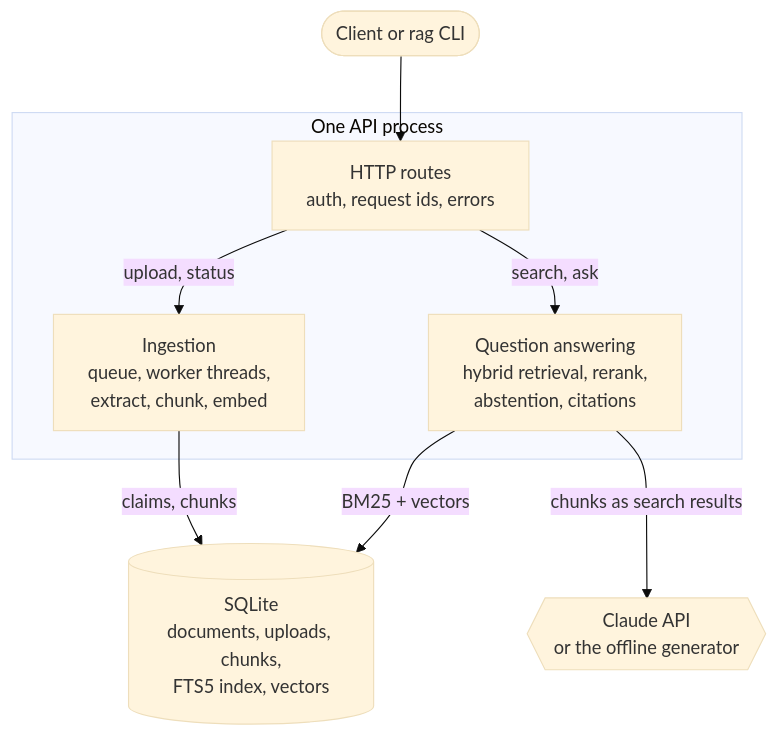
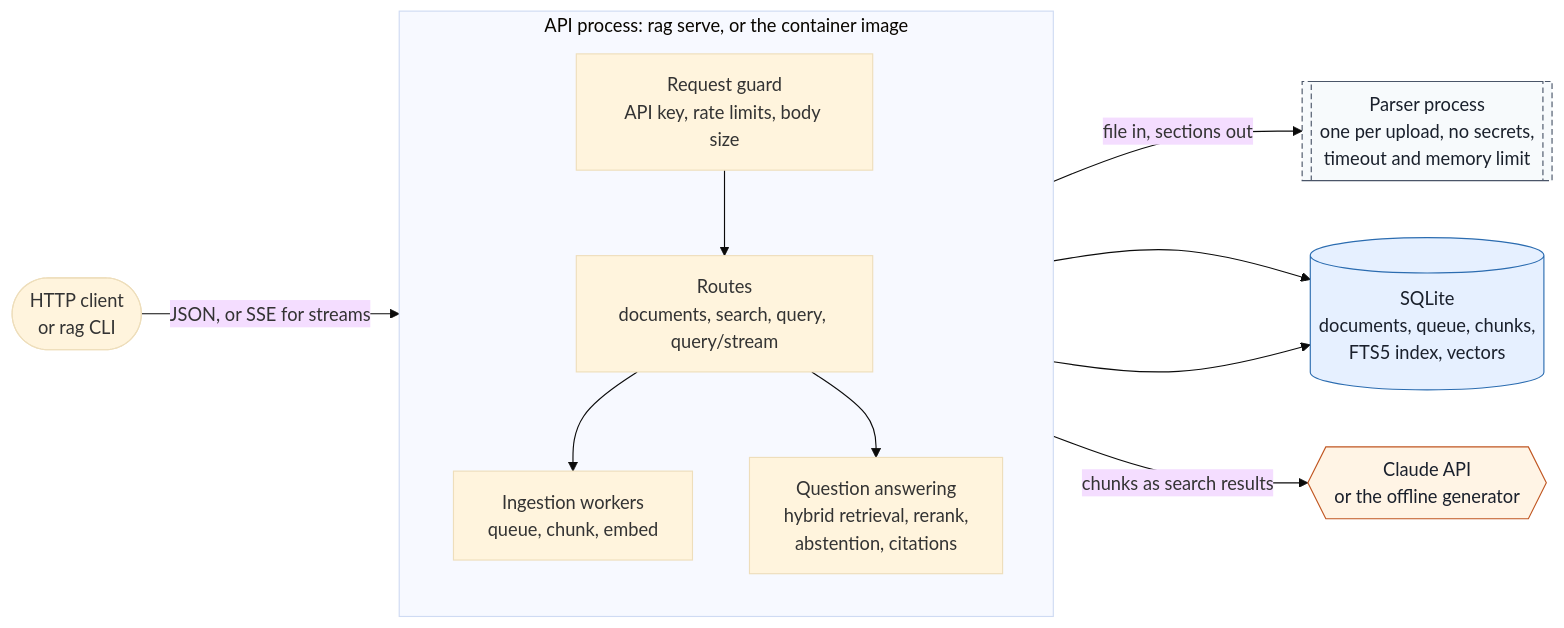
Before and after one commit to saicharan-nidiganti/production-rag: the first of 2 diagrams in README.md, drawn with Mermaid (base theme). The commit also changed other lines of this file and 2 other files, not shown here.

First line of the commit message:
docs: rework the README, operations guide and architecture with new diagrams

````diff
--- a/README.md
+++ b/README.md
@@ -50,18 +53,28 @@
 ```mermaid
-flowchart TB
-    client(["Client or rag CLI"])
-    subgraph process["One API process"]
-        routes["HTTP routes<br/>auth, request ids, errors"]
-        ingestion["Ingestion<br/>queue, worker threads,<br/>extract, chunk, embed"]
-        query["Question answering<br/>hybrid retrieval, rerank,<br/>abstention, citations"]
+flowchart LR
+    client(["HTTP client<br/>or rag CLI"])
+    subgraph app["API process: rag serve, or the container image"]
+        direction TB
+        guard["Request guard<br/>API key, rate limits, body size"]
+        routes["Routes<br/>documents, search, query, query/stream"]
+        ingest["Ingestion workers<br/>queue, chunk, embed"]
+        answer["Question answering<br/>hybrid retrieval, rerank,<br/>abstention, citations"]
+        guard --> routes
+        routes --> ingest
+        routes --> answer
     end
-    db[("SQLite<br/>documents, uploads, chunks,<br/>FTS5 index, vectors")]
+    parser[["Parser process<br/>one per upload, no secrets,<br/>timeout and memory limit"]]
+    db[("SQLite<br/>documents, queue, chunks,<br/>FTS5 index, vectors")]
     claude{{"Claude API<br/>or the offline generator"}}
-
-    client --> routes
-    routes -- "upload, status" --> ingestion
-    routes -- "search, ask" --> query
-    ingestion -- "claims, chunks" --> db
-    query -- "BM25 + vectors" --> db
-    query -- "chunks as search results" --> claude
+    client -- "JSON, or SSE for streams" --> guard
+    ingest -- "file in, sections out" --> parser
+    ingest --> db
+    answer --> db
+    answer -- "chunks as search results" --> claude
+    classDef external fill:#fff4e5,stroke:#c05621,color:#1a202c
+    classDef store fill:#e6f0ff,stroke:#2b6cb0,color:#1a202c
+    classDef isolated fill:#f7fafc,stroke:#4a5568,stroke-dasharray:5 3,color:#1a202c
+    class claude external
+    class db store
+    class parser isolated
 ```
````
